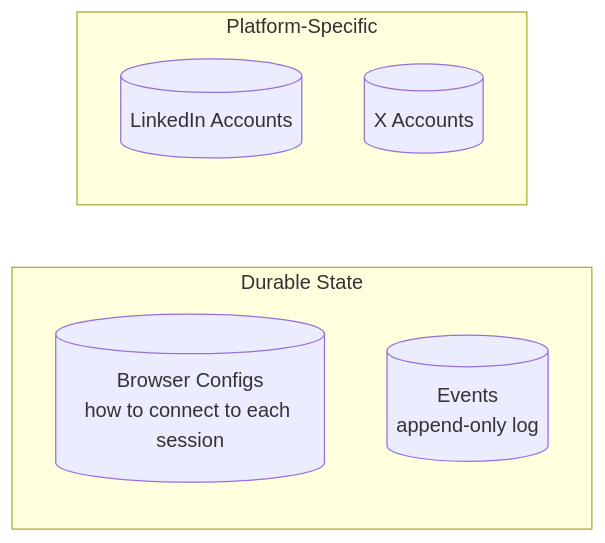
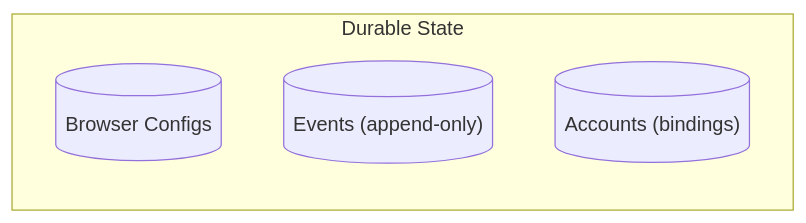
The second of 4 diagrams in ARCHITECTURE.md (ToxicPine/bernays), drawn with Mermaid before and after one commit. The commit also changed other lines of this file and 118 other files, not shown here.

````diff
--- a/ARCHITECTURE.md
+++ b/ARCHITECTURE.md
@@ -87,11 +208,8 @@
 ```mermaid
 flowchart LR
     subgraph Durable["Durable State"]
-        BC[("Browser Configs<br/>how to connect to each session")]
-        EV[("Events<br/>append-only log")]
-    end
-    subgraph Platform["Platform-Specific"]
-        LA[("LinkedIn Accounts")]
-        XA[("X Accounts")]
+        BC[("Browser Configs")]
+        EV[("Events (append-only)")]
+        AC[("Accounts (bindings)")]
     end
 ```
````
